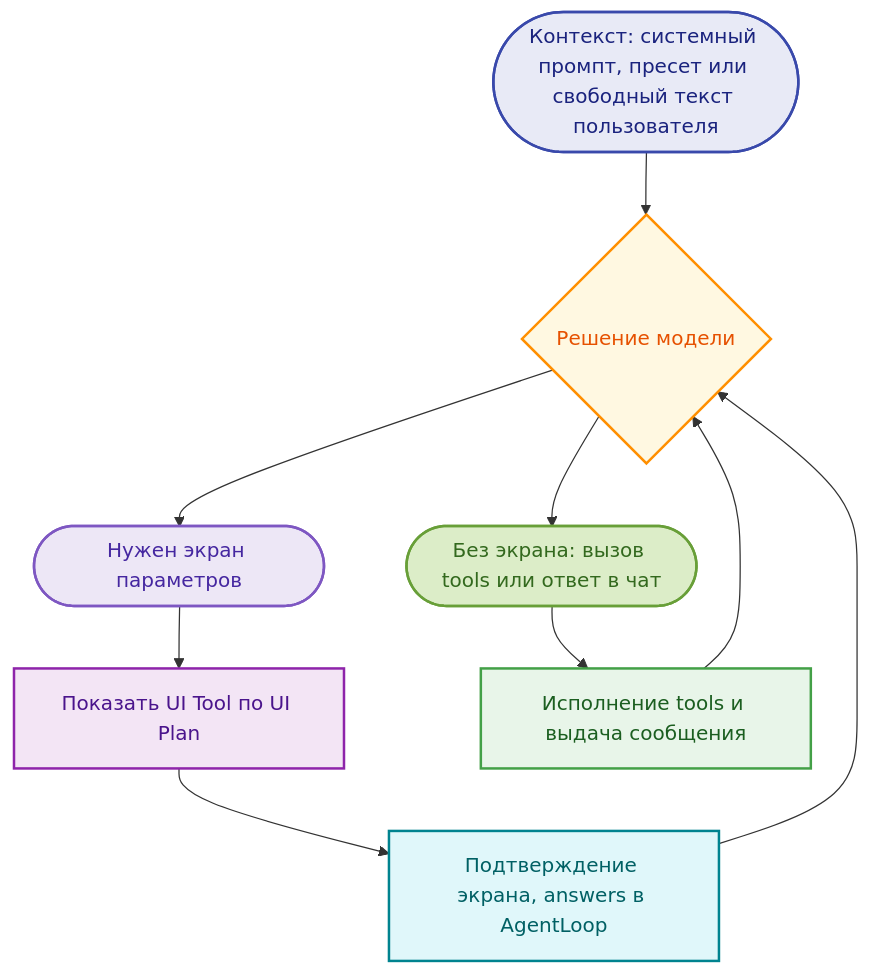
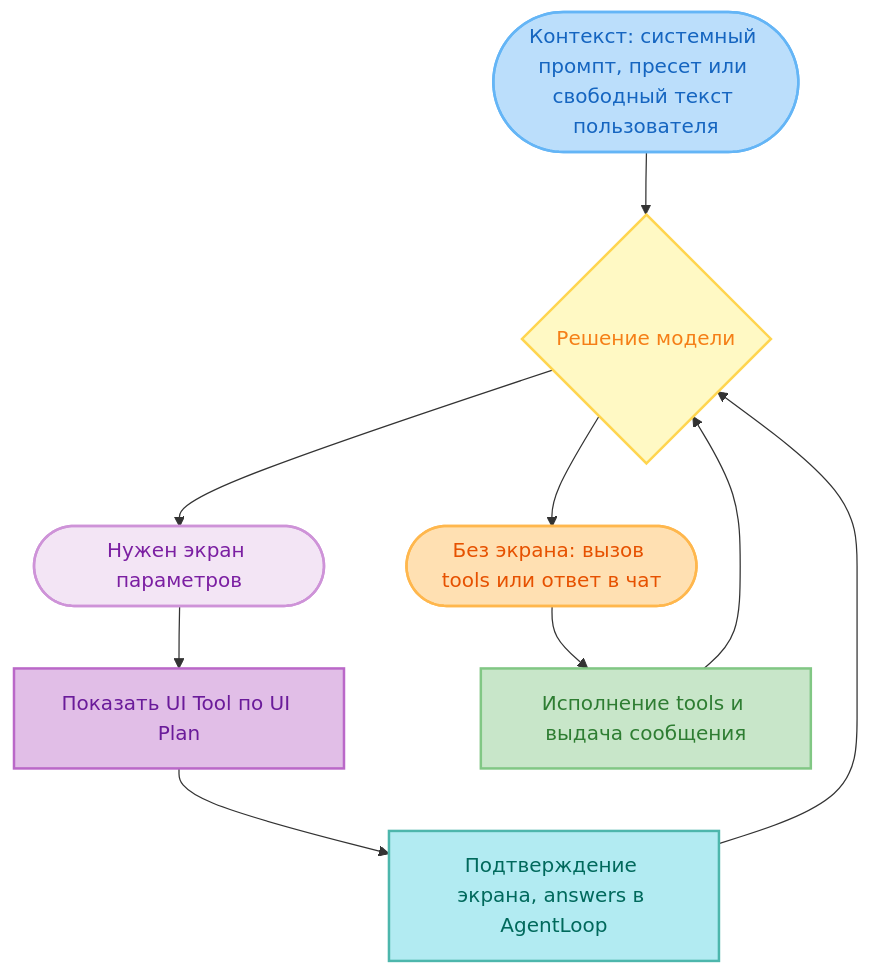
One commit to roman-petrov/snappy changed the diagram in ideas/interactive-ai-ui-orchestration.md. Above: the diagram before and after it, drawn with Mermaid. The commit also changed other lines of this file, not shown here.

Commit message:
improve diagram

````diff
--- a/ideas/interactive-ai-ui-orchestration.md
+++ b/ideas/interactive-ai-ui-orchestration.md
@@ -99,28 +99,28 @@
 ```mermaid
 %%{init: {"flowchart": {"curve": "basis", "padding": 16}}}%%
 flowchart TD
   A([Контекст: системный промпт, пресет или свободный текст пользователя]):::ctx
   B{Решение модели}:::model
   L1([Нужен экран параметров]):::lblUi
   C[Показать UI Tool по UI Plan]:::ui
   D[Подтверждение экрана, answers в AgentLoop]:::ans
   L2([Без экрана: вызов tools или ответ в чат]):::lblAct
   E[Исполнение tools и выдача сообщения]:::exec
 
   A --> B
   B --> L1
   L1 --> C
   C --> D
   D --> B
   B --> L2
   L2 --> E
   E --> B
 
-  classDef ctx fill:#E8EAF6,stroke:#3949AB,stroke-width:2px,color:#1A237E
-  classDef model fill:#FFF8E1,stroke:#FF8F00,stroke-width:2px,color:#E65100
-  classDef ui fill:#F3E5F5,stroke:#8E24AA,stroke-width:2px,color:#4A148C
-  classDef ans fill:#E0F7FA,stroke:#00838F,stroke-width:2px,color:#006064
-  classDef exec fill:#E8F5E9,stroke:#43A047,stroke-width:2px,color:#1B5E20
-  classDef lblUi fill:#EDE7F6,stroke:#7E57C2,stroke-width:2px,color:#4527A0
-  classDef lblAct fill:#DCEDC8,stroke:#689F38,stroke-width:2px,color:#33691E
+  classDef ctx fill:#BBDEFB,stroke:#64B5F6,stroke-width:2px,color:#1565C0
+  classDef model fill:#FFF9C4,stroke:#FFD54F,stroke-width:2px,color:#F57F17
+  classDef ui fill:#E1BEE7,stroke:#BA68C8,stroke-width:2px,color:#6A1B9A
+  classDef ans fill:#B2EBF2,stroke:#4DB6AC,stroke-width:2px,color:#00695C
+  classDef exec fill:#C8E6C9,stroke:#81C784,stroke-width:2px,color:#2E7D32
+  classDef lblUi fill:#F3E5F5,stroke:#CE93D8,stroke-width:2px,color:#7B1FA2
+  classDef lblAct fill:#FFE0B2,stroke:#FFB74D,stroke-width:2px,color:#E65100
 ```
````
